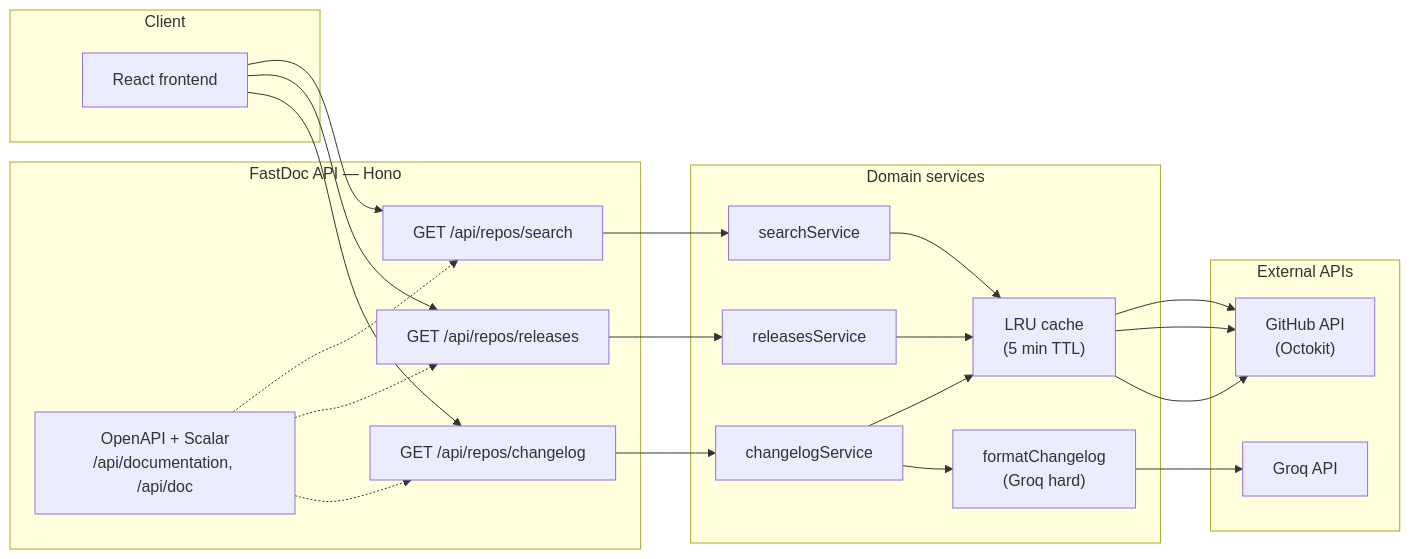
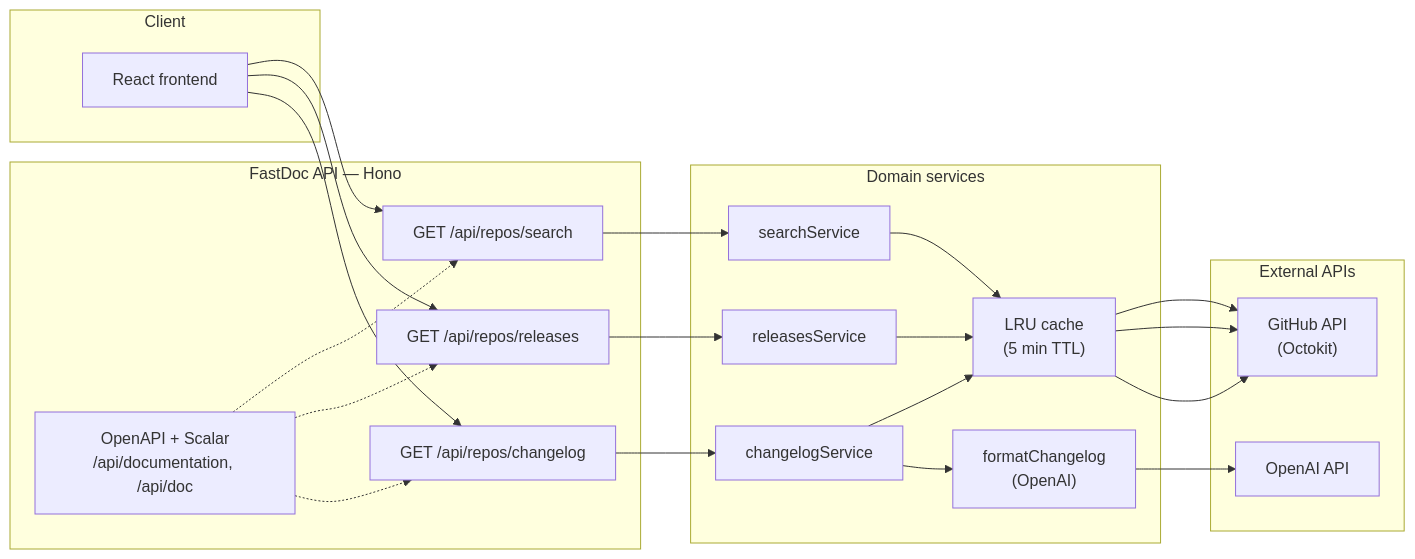
One commit to soto0/FastDoc-backend changed the first of 2 diagrams in README.md. Above: the diagram before and after it, drawn with Mermaid. The commit also changed other lines of this file and 25 other files, not shown here.

First line of the commit message:
feat: Integrate OpenAI for changelog formatting and update environment configuration

````diff
--- a/README.md
+++ b/README.md
@@ -46,33 +46,33 @@
 ```mermaid
 flowchart LR
     subgraph Client["Client"]
         FE["React frontend"]
     end
 
     subgraph API["FastDoc API — Hono"]
         S["GET /api/repos/search"]
         R["GET /api/repos/releases"]
         C["GET /api/repos/changelog"]
         O["OpenAPI + Scalar\n/api/documentation, /api/doc"]
     end
 
     subgraph Core["Domain services"]
         RS["searchService"]
         RL["releasesService"]
         CL["changelogService"]
-        FC["formatChangelog\n(Groq hard)"]
+        FC["formatChangelog\n(OpenAI)"]
         CACHE["LRU cache\n(5 min TTL)"]
     end
 
     subgraph External["External APIs"]
-        GROQ["Groq API"]
+        OAI["OpenAI API"]
         GH["GitHub API\n(Octokit)"]
     end
 
     FE --> S & R & C
     S --> RS --> CACHE --> GH
     R --> RL --> CACHE --> GH
     C --> CL --> CACHE --> GH
-    CL --> FC --> GROQ
+    CL --> FC --> OAI
     O -.-> S & R & C
 ```
````
